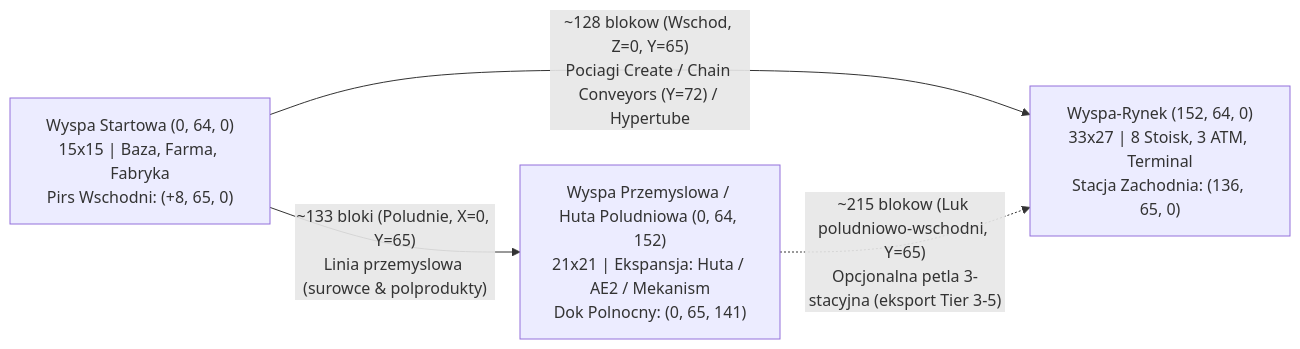
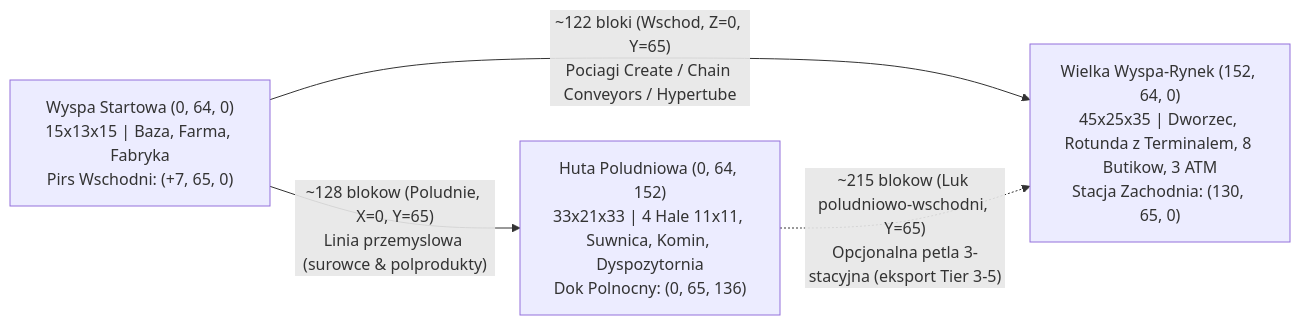
The diagram in docs/ISLAND_DESIGN.md (CHC74/halucynacjeGTP2), drawn with Mermaid before and after one commit. The commit also changed other lines of this file and 6 other files, not shown here.

````diff
--- a/docs/ISLAND_DESIGN.md
+++ b/docs/ISLAND_DESIGN.md
@@ -15,10 +15,10 @@
 ```mermaid
 flowchart LR
-    S["Wyspa Startowa (0, 64, 0)<br/>15x15 | Baza, Farma, Fabryka<br/>Pirs Wschodni: (+8, 65, 0)"]
-    M["Wyspa-Rynek (152, 64, 0)<br/>33x27 | 8 Stoisk, 3 ATM, Terminal<br/>Stacja Zachodnia: (136, 65, 0)"]
-    I["Wyspa Przemyslowa / Huta Poludniowa (0, 64, 152)<br/>21x21 | Ekspansja: Huta / AE2 / Mekanism<br/>Dok Polnocny: (0, 65, 141)"]
+    S["Wyspa Startowa (0, 64, 0)<br/>15x13x15 | Baza, Farma, Fabryka<br/>Pirs Wschodni: (+7, 65, 0)"]
+    M["Wielka Wyspa-Rynek (152, 64, 0)<br/>45x25x35 | Dworzec, Rotunda z Terminalem, 8 Butikow, 3 ATM<br/>Stacja Zachodnia: (130, 65, 0)"]
+    I["Huta Poludniowa (0, 64, 152)<br/>33x21x33 | 4 Hale 11x11, Suwnica, Komin, Dyspozytornia<br/>Dok Polnocny: (0, 65, 136)"]
 
-    S -->|"~128 blokow (Wschod, Z=0, Y=65)<br/>Pociagi Create / Chain Conveyors (Y=72) / Hypertube"| M
-    S -->|"~133 bloki (Poludnie, X=0, Y=65)<br/>Linia przemyslowa (surowce & polprodukty)"| I
+    S -->|"~122 bloki (Wschod, Z=0, Y=65)<br/>Pociagi Create / Chain Conveyors / Hypertube"| M
+    S -->|"~128 blokow (Poludnie, X=0, Y=65)<br/>Linia przemyslowa (surowce & polprodukty)"| I
     I -.->|"~215 blokow (Luk poludniowo-wschodni, Y=65)<br/>Opcjonalna petla 3-stacyjna (eksport Tier 3-5)"| M
 ```
````
